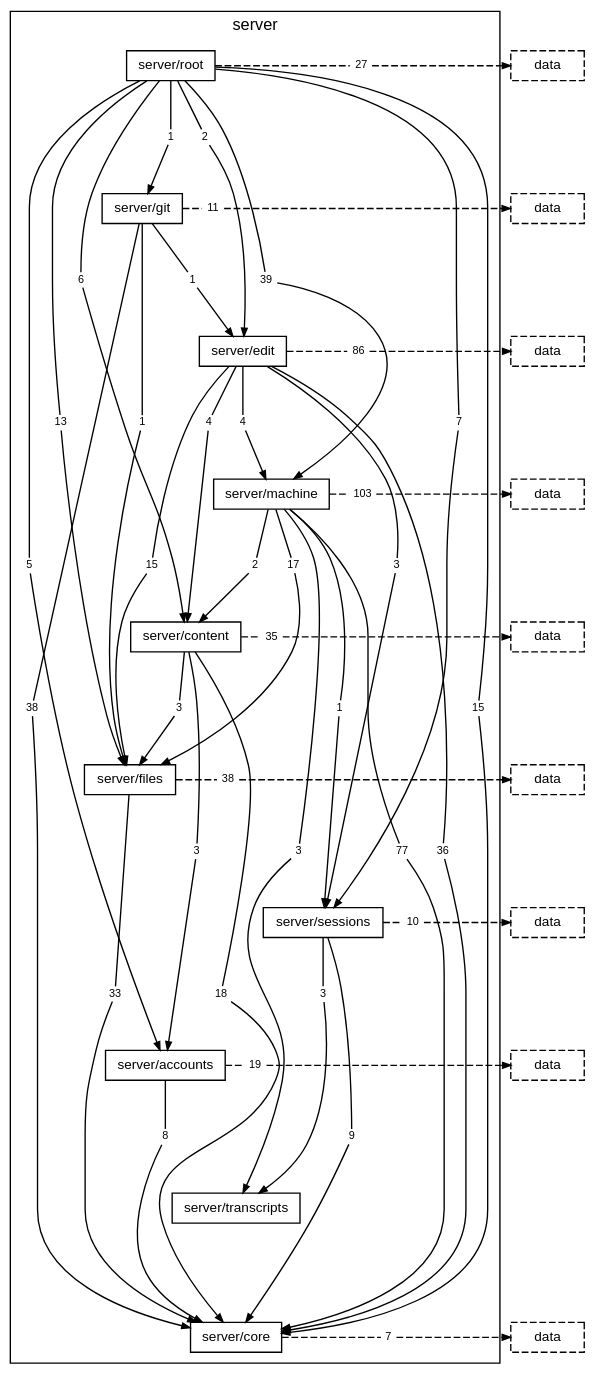
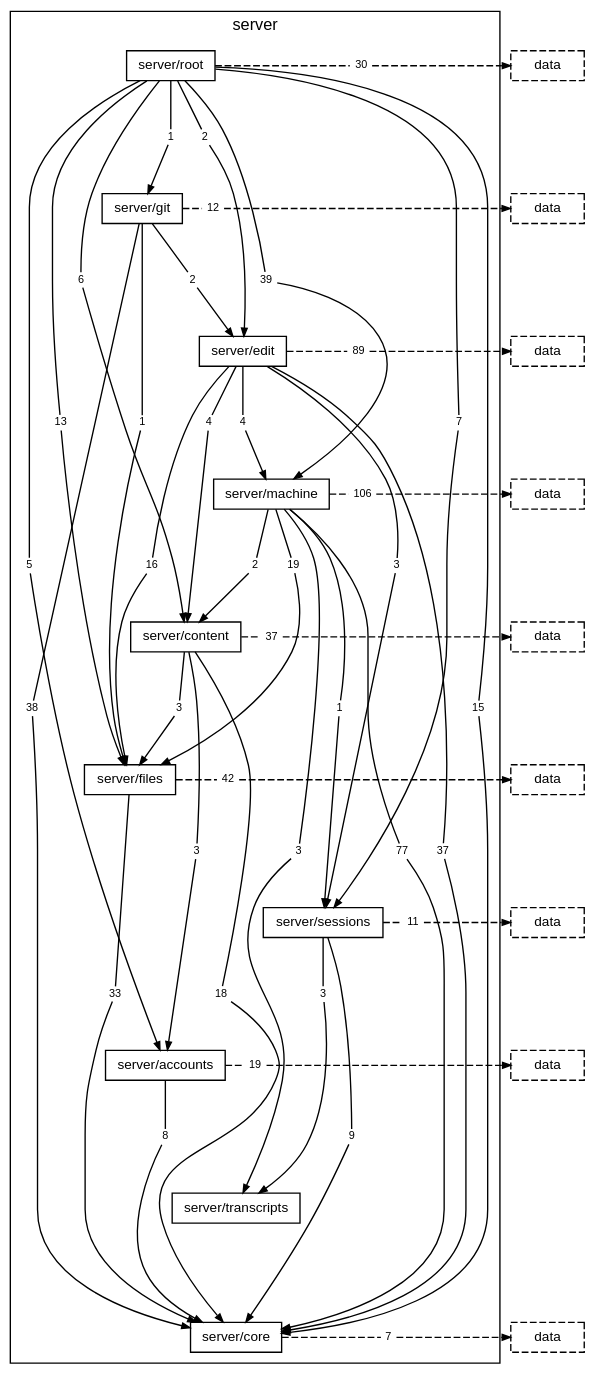
Before and after one commit to TheAxeC/oculus: the diagram in docs/diagrams/layer-server.dot, drawn with Graphviz. The commit also changed 180 other files, not shown here.

```diff
--- a/docs/diagrams/layer-server.dot
+++ b/docs/diagrams/layer-server.dot
@@ -22,32 +22,32 @@
         "folder server/root to folder server/git" [label="1", shape=box, color="transparent", fontsize=8, width=0, height=0, margin="0.04,0.02"];
         "folder server/root to folder server/machine" [label="39", shape=box, color="transparent", fontsize=8, width=0, height=0, margin="0.04,0.02"];
         "folder server/root to folder server/sessions" [label="7", shape=box, color="transparent", fontsize=8, width=0, height=0, margin="0.04,0.02"];
-        "folder server/root to layer data" [label="27", shape=box, color="transparent", fontsize=8, width=0, height=0, margin="0.04,0.02"];
+        "folder server/root to layer data" [label="30", shape=box, color="transparent", fontsize=8, width=0, height=0, margin="0.04,0.02"];
         "folder server/git to folder server/core" [label="38", shape=box, color="transparent", fontsize=8, width=0, height=0, margin="0.04,0.02"];
-        "folder server/git to folder server/edit" [label="1", shape=box, color="transparent", fontsize=8, width=0, height=0, margin="0.04,0.02"];
+        "folder server/git to folder server/edit" [label="2", shape=box, color="transparent", fontsize=8, width=0, height=0, margin="0.04,0.02"];
         "folder server/git to folder server/files" [label="1", shape=box, color="transparent", fontsize=8, width=0, height=0, margin="0.04,0.02"];
-        "folder server/git to layer data" [label="11", shape=box, color="transparent", fontsize=8, width=0, height=0, margin="0.04,0.02"];
+        "folder server/git to layer data" [label="12", shape=box, color="transparent", fontsize=8, width=0, height=0, margin="0.04,0.02"];
         "folder server/edit to folder server/content" [label="4", shape=box, color="transparent", fontsize=8, width=0, height=0, margin="0.04,0.02"];
-        "folder server/edit to folder server/core" [label="36", shape=box, color="transparent", fontsize=8, width=0, height=0, margin="0.04,0.02"];
-        "folder server/edit to folder server/files" [label="15", shape=box, color="transparent", fontsize=8, width=0, height=0, margin="0.04,0.02"];
+        "folder server/edit to folder server/core" [label="37", shape=box, color="transparent", fontsize=8, width=0, height=0, margin="0.04,0.02"];
+        "folder server/edit to folder server/files" [label="16", shape=box, color="transparent", fontsize=8, width=0, height=0, margin="0.04,0.02"];
         "folder server/edit to folder server/machine" [label="4", shape=box, color="transparent", fontsize=8, width=0, height=0, margin="0.04,0.02"];
         "folder server/edit to folder server/sessions" [label="3", shape=box, color="transparent", fontsize=8, width=0, height=0, margin="0.04,0.02"];
-        "folder server/edit to layer data" [label="86", shape=box, color="transparent", fontsize=8, width=0, height=0, margin="0.04,0.02"];
+        "folder server/edit to layer data" [label="89", shape=box, color="transparent", fontsize=8, width=0, height=0, margin="0.04,0.02"];
         "folder server/machine to folder server/content" [label="2", shape=box, color="transparent", fontsize=8, width=0, height=0, margin="0.04,0.02"];
         "folder server/machine to folder server/core" [label="77", shape=box, color="transparent", fontsize=8, width=0, height=0, margin="0.04,0.02"];
-        "folder server/machine to folder server/files" [label="17", shape=box, color="transparent", fontsize=8, width=0, height=0, margin="0.04,0.02"];
+        "folder server/machine to folder server/files" [label="19", shape=box, color="transparent", fontsize=8, width=0, height=0, margin="0.04,0.02"];
         "folder server/machine to folder server/sessions" [label="1", shape=box, color="transparent", fontsize=8, width=0, height=0, margin="0.04,0.02"];
         "folder server/machine to folder server/transcripts" [label="3", shape=box, color="transparent", fontsize=8, width=0, height=0, margin="0.04,0.02"];
-        "folder server/machine to layer data" [label="103", shape=box, color="transparent", fontsize=8, width=0, height=0, margin="0.04,0.02"];
+        "folder server/machine to layer data" [label="106", shape=box, color="transparent", fontsize=8, width=0, height=0, margin="0.04,0.02"];
         "folder server/content to folder server/accounts" [label="3", shape=box, color="transparent", fontsize=8, width=0, height=0, margin="0.04,0.02"];
         "folder server/content to folder server/core" [label="18", shape=box, color="transparent", fontsize=8, width=0, height=0, margin="0.04,0.02"];
         "folder server/content to folder server/files" [label="3", shape=box, color="transparent", fontsize=8, width=0, height=0, margin="0.04,0.02"];
-        "folder server/content to layer data" [label="35", shape=box, color="transparent", fontsize=8, width=0, height=0, margin="0.04,0.02"];
+        "folder server/content to layer data" [label="37", shape=box, color="transparent", fontsize=8, width=0, height=0, margin="0.04,0.02"];
         "folder server/files to folder server/core" [label="33", shape=box, color="transparent", fontsize=8, width=0, height=0, margin="0.04,0.02"];
-        "folder server/files to layer data" [label="38", shape=box, color="transparent", fontsize=8, width=0, height=0, margin="0.04,0.02"];
+        "folder server/files to layer data" [label="42", shape=box, color="transparent", fontsize=8, width=0, height=0, margin="0.04,0.02"];
         "folder server/sessions to folder server/core" [label="9", shape=box, color="transparent", fontsize=8, width=0, height=0, margin="0.04,0.02"];
         "folder server/sessions to folder server/transcripts" [label="3", shape=box, color="transparent", fontsize=8, width=0, height=0, margin="0.04,0.02"];
-        "folder server/sessions to layer data" [label="10", shape=box, color="transparent", fontsize=8, width=0, height=0, margin="0.04,0.02"];
+        "folder server/sessions to layer data" [label="11", shape=box, color="transparent", fontsize=8, width=0, height=0, margin="0.04,0.02"];
         "folder server/accounts to folder server/core" [label="8", shape=box, color="transparent", fontsize=8, width=0, height=0, margin="0.04,0.02"];
         "folder server/accounts to layer data" [label="19", shape=box, color="transparent", fontsize=8, width=0, height=0, margin="0.04,0.02"];
         "folder server/core to layer data" [label="7", shape=box, color="transparent", fontsize=8, width=0, height=0, margin="0.04,0.02"];
```
